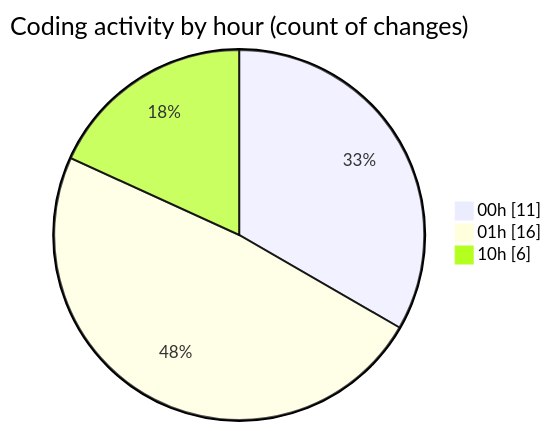
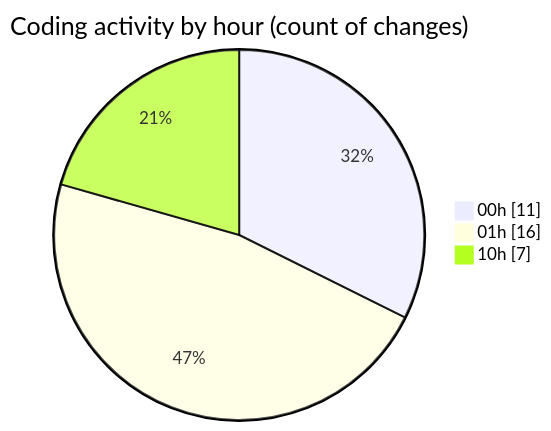
The second of 2 diagrams in 2025-10-11/eventscop-frontend-guide__workspace_/README.md (julien-gomy/code-tracking), drawn with Mermaid before and after one commit. The commit also changed other lines of this file and 1 other file, not shown here.

````diff
--- a/2025-10-11/eventscop-frontend-guide__workspace_/README.md
+++ b/2025-10-11/eventscop-frontend-guide__workspace_/README.md
@@ -41,7 +42,7 @@
 ```mermaid
 pie showData
 title Coding activity by hour (count of changes)
 "00h" : 11
 "01h" : 16
-"10h" : 6
+"10h" : 7
 ```
````
